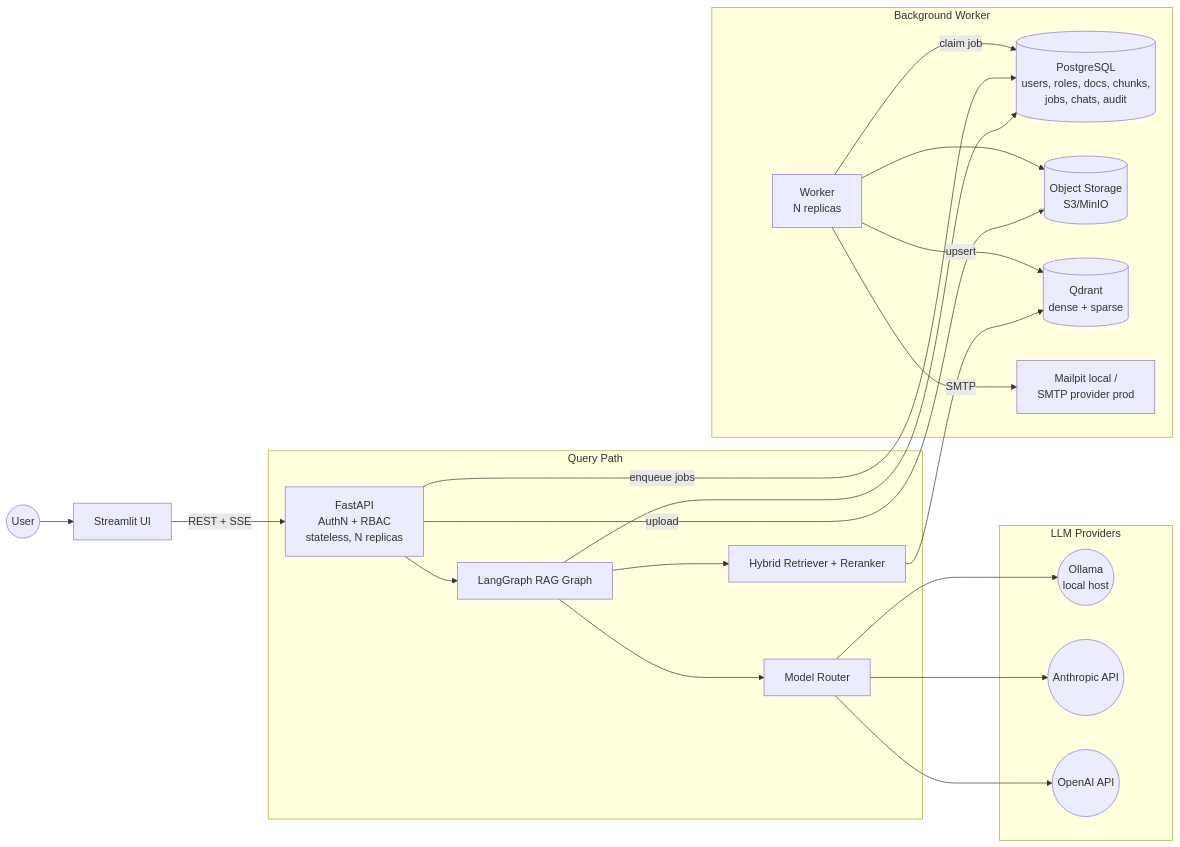
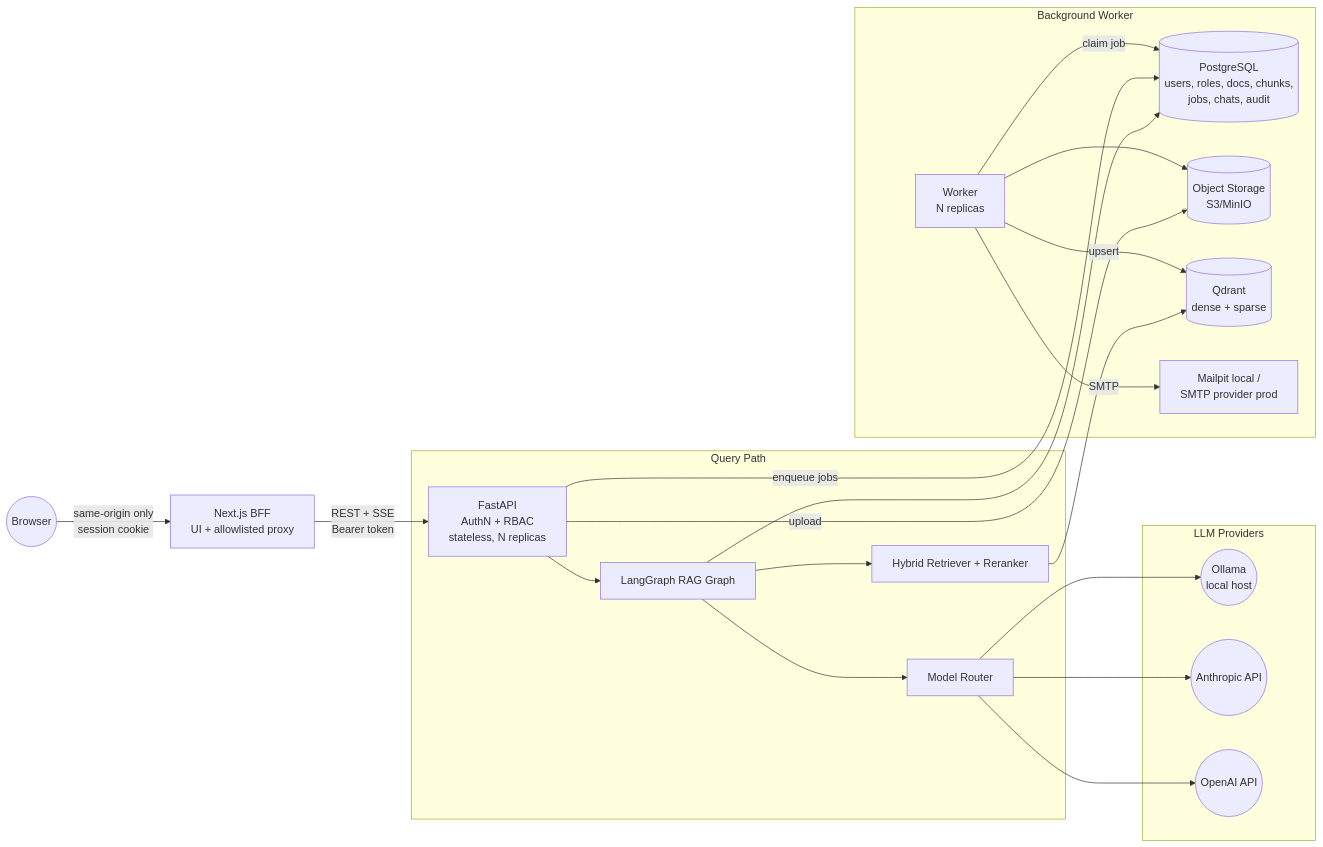
The first of 5 diagrams in docs/rag_mvp_architecture.md (ekanatha-urivakili/rag-mvp), drawn with Mermaid before and after one commit. The commit also changed other lines of this file and 64 other files, not shown here.

First line of the commit message:
feat: chat history with continuation + Next.js BFF UI (#5)

````diff
--- a/docs/rag_mvp_architecture.md
+++ b/docs/rag_mvp_architecture.md
@@ -81,29 +88,29 @@
 ```mermaid
 graph LR
-    User((User)) --> UI[Streamlit UI]
-    UI -->|REST + SSE| API[FastAPI<br/>AuthN + RBAC<br/>stateless, N replicas]
+    User((Browser)) -->|same-origin only<br/>session cookie| Web[Next.js BFF<br/>UI + allowlisted proxy]
+    Web -->|REST + SSE<br/>Bearer token| API[FastAPI<br/>AuthN + RBAC<br/>stateless, N replicas]
 
     subgraph Query Path
         API --> Graph[LangGraph RAG Graph]
         Graph --> Ret[Hybrid Retriever + Reranker]
         Graph --> MR[Model Router]
     end
 
     subgraph LLM Providers
         MR --> Ollama((Ollama<br/>local host))
         MR --> Anthropic((Anthropic API))
         MR --> OpenAI((OpenAI API))
     end
 
     subgraph Background Worker
         Worker[Worker<br/>N replicas] -->|claim job| PG
         Worker --> Obj
         Worker -->|upsert| VDB
         Worker -->|SMTP| Mail[Mailpit local /<br/>SMTP provider prod]
     end
 
     API -->|upload| Obj[(Object Storage<br/>S3/MinIO)]
     API -->|enqueue jobs| PG
     Ret --> VDB[(Qdrant<br/>dense + sparse)]
     Graph --> PG[(PostgreSQL<br/>users, roles, docs, chunks,<br/>jobs, chats, audit)]
 ```
````
